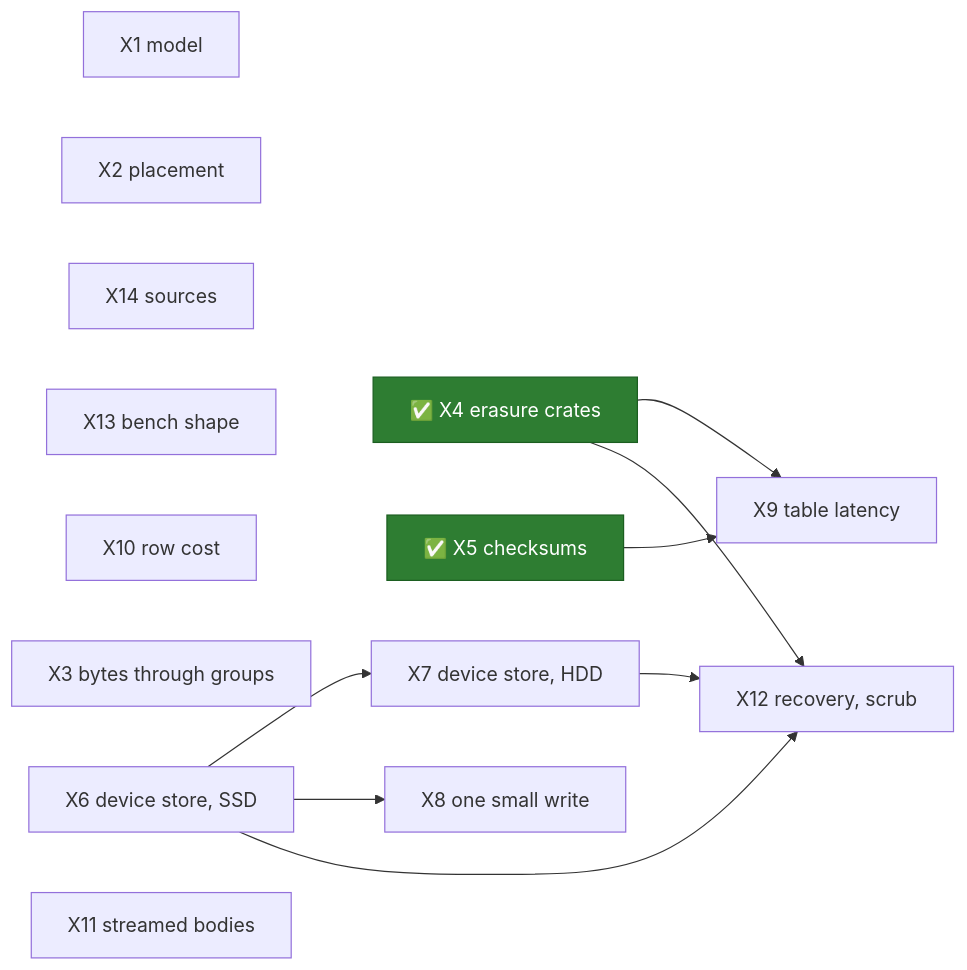
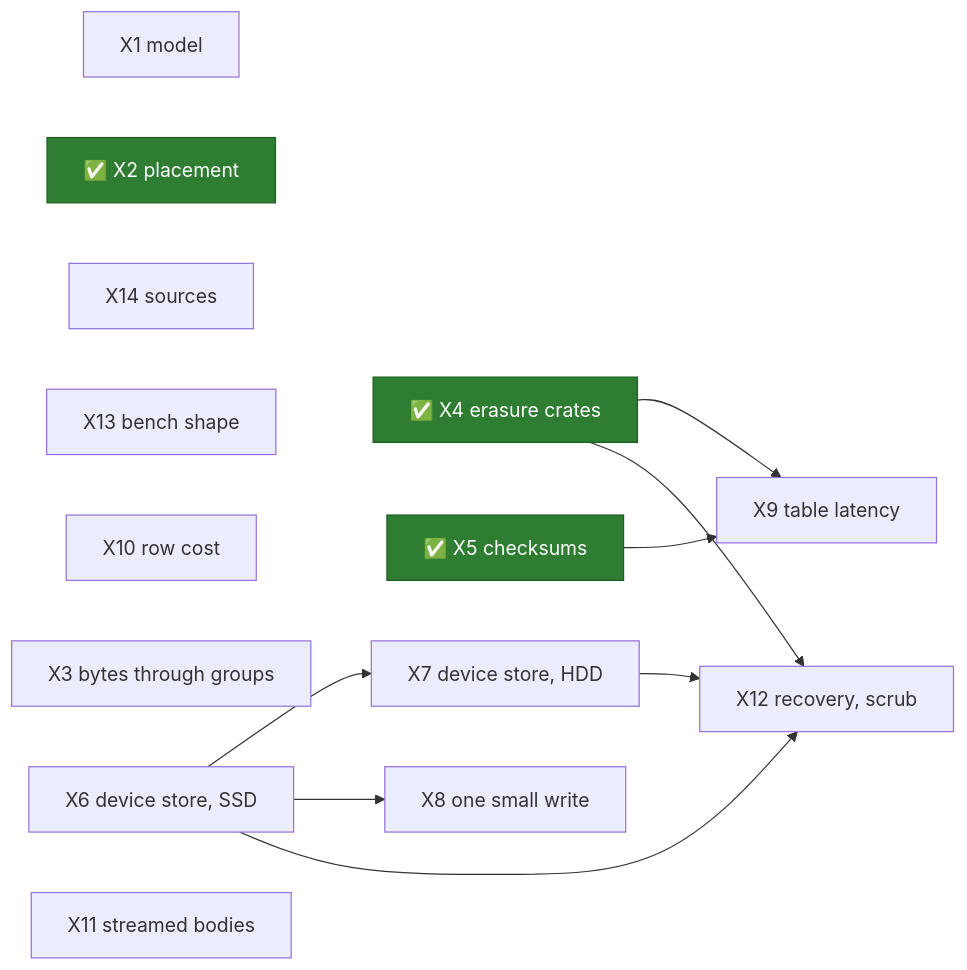
One commit to mjcarson/shoal changed the diagram in docs/src/object-storage/spikes.md. Above: the diagram before and after it, drawn with Mermaid. The commit also changed other lines of this file and 37 other files, not shown here.

````diff
--- a/docs/src/object-storage/spikes.md
+++ b/docs/src/object-storage/spikes.md
@@ -661,25 +681,25 @@
 ```mermaid
 flowchart LR
     classDef done fill:#2e7d32,stroke:#1b5e20,color:#ffffff
     X1["X1 model"]
-    X2["X2 placement"]
+    X2["✅ X2 placement"]:::done
     X14["X14 sources"]
     X13["X13 bench shape"]
     X10["X10 row cost"]
     X3["X3 bytes through groups"]
     X4["✅ X4 erasure crates"]:::done
     X5["✅ X5 checksums"]:::done
     X6["X6 device store, SSD"]
     X7["X7 device store, HDD"]
     X8["X8 one small write"]
     X9["X9 table latency"]
     X11["X11 streamed bodies"]
     X12["X12 recovery, scrub"]
     X4 --> X9
     X5 --> X9
     X6 --> X7
     X6 --> X8
     X4 --> X12
     X6 --> X12
     X7 --> X12
 ```
````
